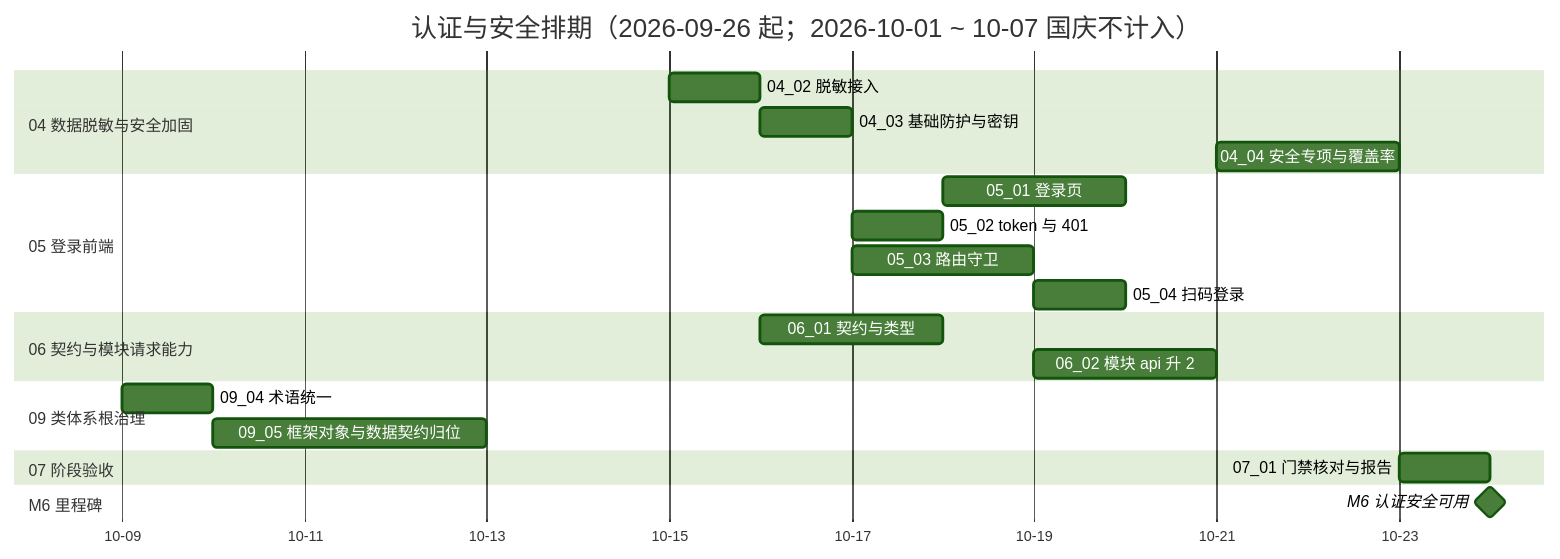
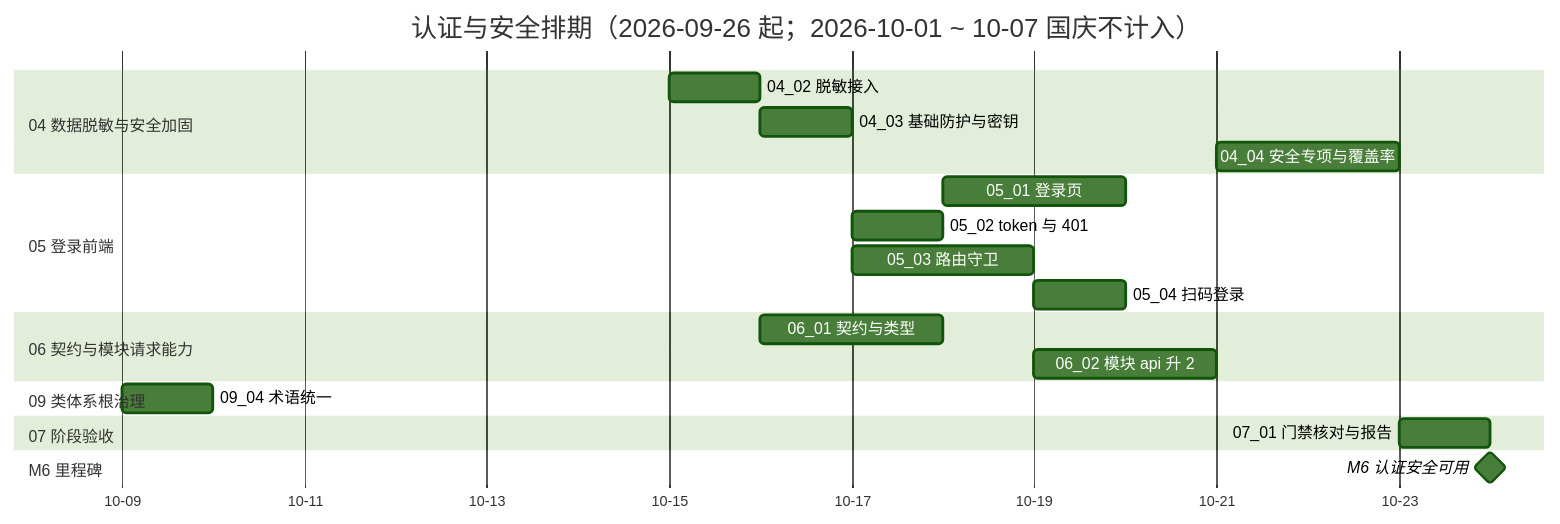
One commit to minjian123/basic-management-system changed the diagram in bms文档/项目/06_认证与安全/计划/01_计划_认证与安全.md. Above: the diagram before and after it, drawn with Mermaid (forest theme). The commit also changed other lines of this file and 6 other files, not shown here.

````diff
--- a/bms文档/项目/06_认证与安全/计划/01_计划_认证与安全.md
+++ b/bms文档/项目/06_认证与安全/计划/01_计划_认证与安全.md
@@ -67,25 +67,25 @@
 ```mermaid
 gantt
     title 认证与安全排期（2026-09-26 起；2026-10-01 ~ 10-07 国庆不计入）
     dateFormat  YYYY-MM-DD
     axisFormat %m-%d
     section 04 数据脱敏与安全加固
     04_02 脱敏接入 :d2, 2026-10-15, 1d
     04_03 基础防护与密钥 :d3, 2026-10-16, 1d
     04_04 安全专项与覆盖率 :d4, 2026-10-21, 2d
     section 05 登录前端
     05_01 登录页 :e1, 2026-10-18, 2d
     05_02 token 与 401 :e2, 2026-10-17, 1d
     05_03 路由守卫 :e3, 2026-10-17, 2d
     05_04 扫码登录 :e4, 2026-10-19, 1d
     section 06 契约与模块请求能力
     06_01 契约与类型 :f1, 2026-10-16, 2d
     06_02 模块 api 升 2 :f2, 2026-10-19, 2d
     section 09 类体系根治理
     09_04 术语统一 :h2, 2026-10-09, 1d
-    09_05 框架对象与数据契约归位 :h3, 2026-10-10, 3d
+
     section 07 阶段验收
     07_01 门禁核对与报告 :g1, 2026-10-23, 1d
     section M6 里程碑
     M6 认证安全可用 :milestone, mm6, 2026-10-24, 0d
 ```
````
